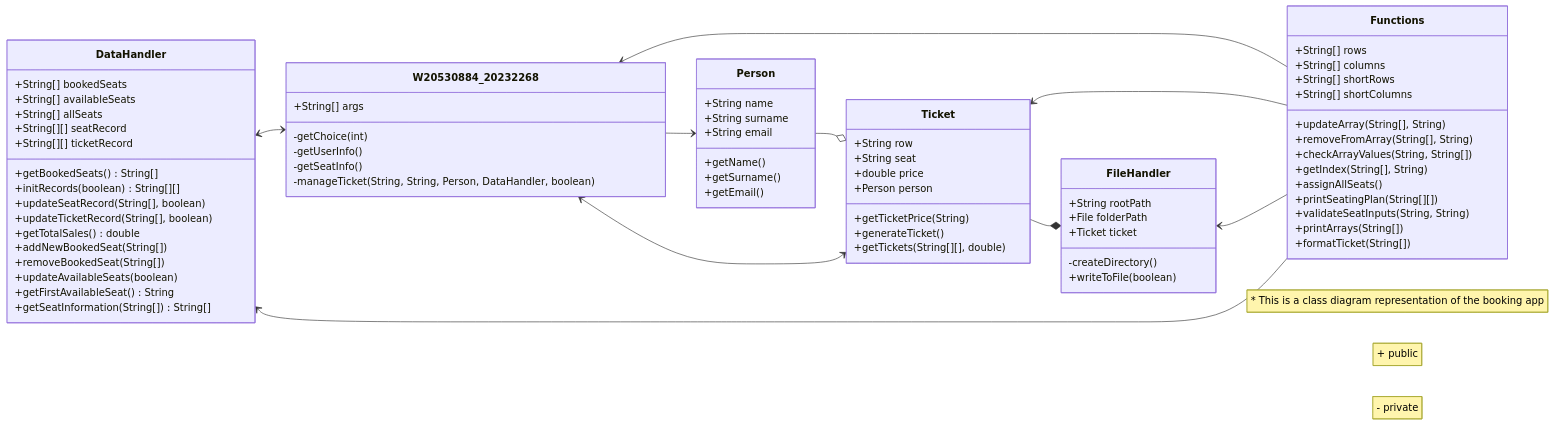
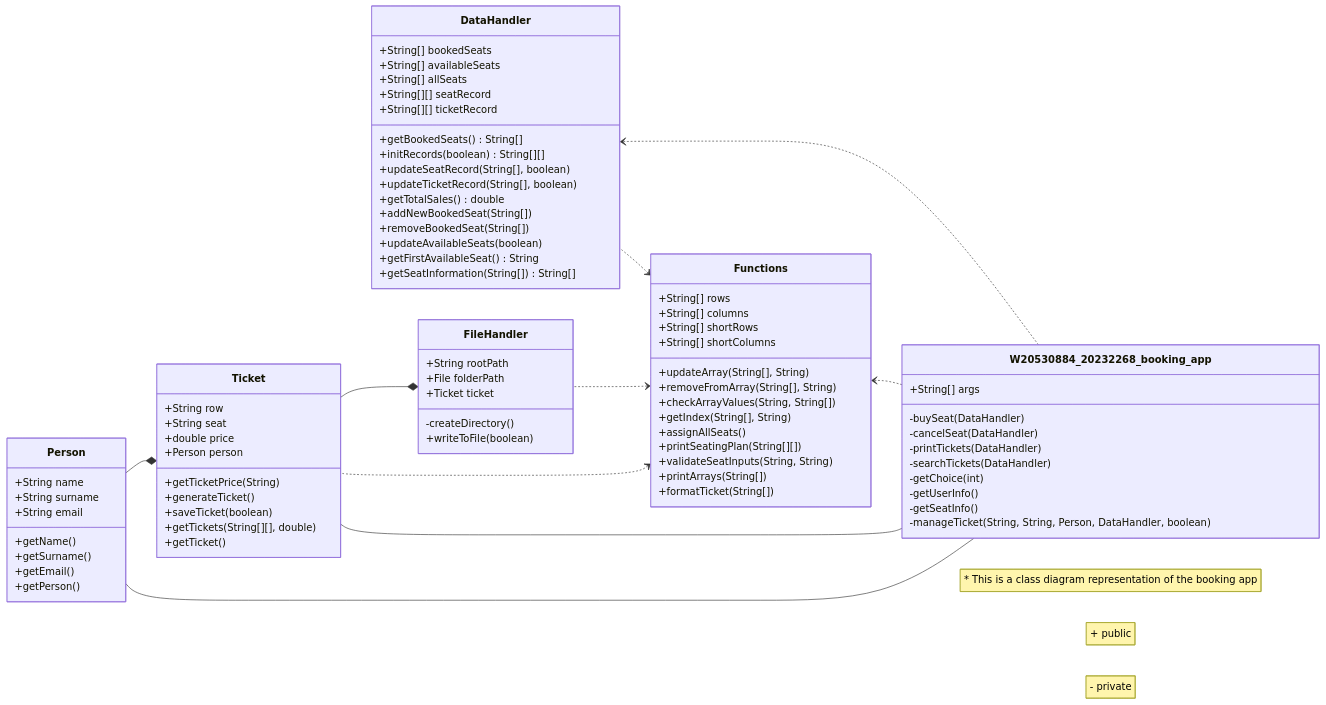
The diagram in README.md (anuja-rahul/booking-app-javaCW), drawn with Mermaid before and after one commit.

Commit message:
updated class diagram

```diff
--- a/README.md
+++ b/README.md
@@ -34,23 +34,25 @@
     
     direction RL
     
-  W20530884_20232268 <--> DataHandler
-
-  Functions --> W20530884_20232268
-  Functions --> DataHandler
-  Functions --> Ticket
-  Functions --> FileHandler
-
-  Person <-- W20530884_20232268
-  Ticket <--> W20530884_20232268
-  Ticket o-- Person
+  W20530884_20232268_booking_app -- Ticket
+  Functions <.. DataHandler
+  Functions <.. Ticket
+  Functions <.. FileHandler
+  W20530884_20232268_booking_app ..> DataHandler
+  W20530884_20232268_booking_app -- Person
+  W20530884_20232268_booking_app ..> Functions
+  Ticket *-- Person
   FileHandler *-- Ticket
-
-  W20530884_20232268 : +String[] args
-  W20530884_20232268: -getChoice(int)
-  W20530884_20232268: -getUserInfo()
-  W20530884_20232268: -getSeatInfo()
-  W20530884_20232268: -manageTicket(String, String, Person, DataHandler, boolean)
+  
+  W20530884_20232268_booking_app: +String[] args
+  W20530884_20232268_booking_app: -buySeat(DataHandler)
+  W20530884_20232268_booking_app: -cancelSeat(DataHandler)
+  W20530884_20232268_booking_app: -printTickets(DataHandler)
+  W20530884_20232268_booking_app: -searchTickets(DataHandler)
+  W20530884_20232268_booking_app: -getChoice(int)
+  W20530884_20232268_booking_app: -getUserInfo()
+  W20530884_20232268_booking_app: -getSeatInfo()
+  W20530884_20232268_booking_app: -manageTicket(String, String, Person, DataHandler, boolean)
   
   class DataHandler{
     +String[] bookedSeats
@@ -85,7 +87,9 @@
     +Person person
     +getTicketPrice(String)
     +generateTicket()
+    +saveTicket(boolean)
     +getTickets(String[][], double)
+    +getTicket()
   }
 
   class Person{
@@ -95,6 +99,7 @@
     +getName()
     +getSurname()
     +getEmail()
+    +getPerson()
   }
 
   class Functions{
```
